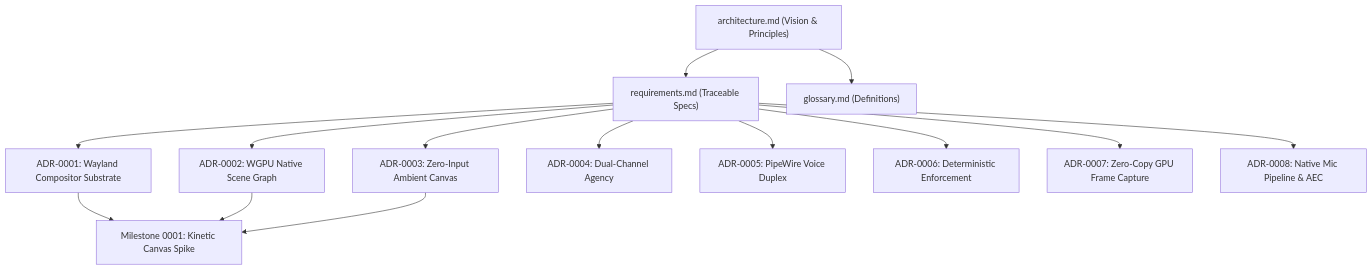
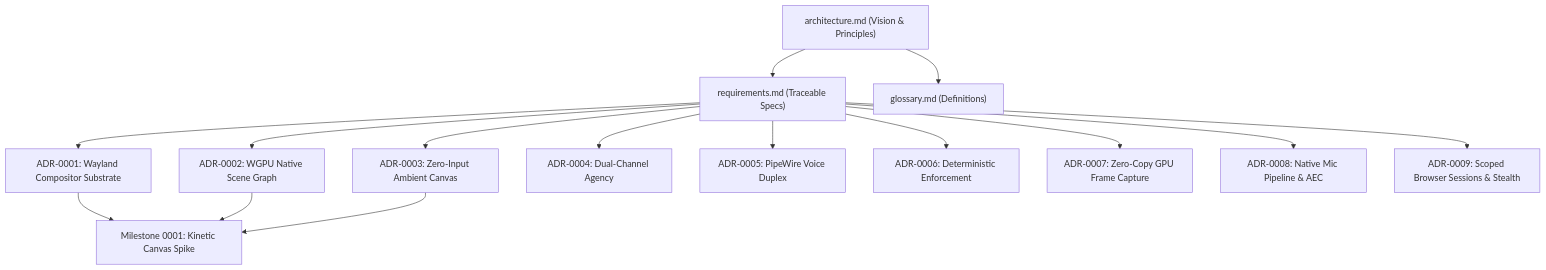
One commit to cse-creative-systems-engineering/arc changed the diagram in docs/doc-progress.md. Above: the diagram before and after it, drawn with Mermaid. The commit also changed other lines of this file and 4 other files, not shown here.

````diff
--- a/docs/doc-progress.md
+++ b/docs/doc-progress.md
@@ -53,31 +54,33 @@
 ```mermaid
 graph TD
     ARCH["architecture.md (Vision & Principles)"]
     REQ["requirements.md (Traceable Specs)"]
     GLOSS["glossary.md (Definitions)"]
 
     ADR01["ADR-0001: Wayland Compositor Substrate"]
     ADR02["ADR-0002: WGPU Native Scene Graph"]
     ADR03["ADR-0003: Zero-Input Ambient Canvas"]
     ADR04["ADR-0004: Dual-Channel Agency"]
     ADR05["ADR-0005: PipeWire Voice Duplex"]
     ADR06["ADR-0006: Deterministic Enforcement"]
     ADR07["ADR-0007: Zero-Copy GPU Frame Capture"]
     ADR08["ADR-0008: Native Mic Pipeline & AEC"]
+    ADR09["ADR-0009: Scoped Browser Sessions & Stealth"]
 
     M01["Milestone 0001: Kinetic Canvas Spike"]
 
     ARCH --> REQ
     ARCH --> GLOSS
     REQ --> ADR01
     REQ --> ADR02
     REQ --> ADR03
     REQ --> ADR04
     REQ --> ADR05
     REQ --> ADR06
     REQ --> ADR07
     REQ --> ADR08
+    REQ --> ADR09
     ADR01 --> M01
     ADR02 --> M01
     ADR03 --> M01
 ```
````
